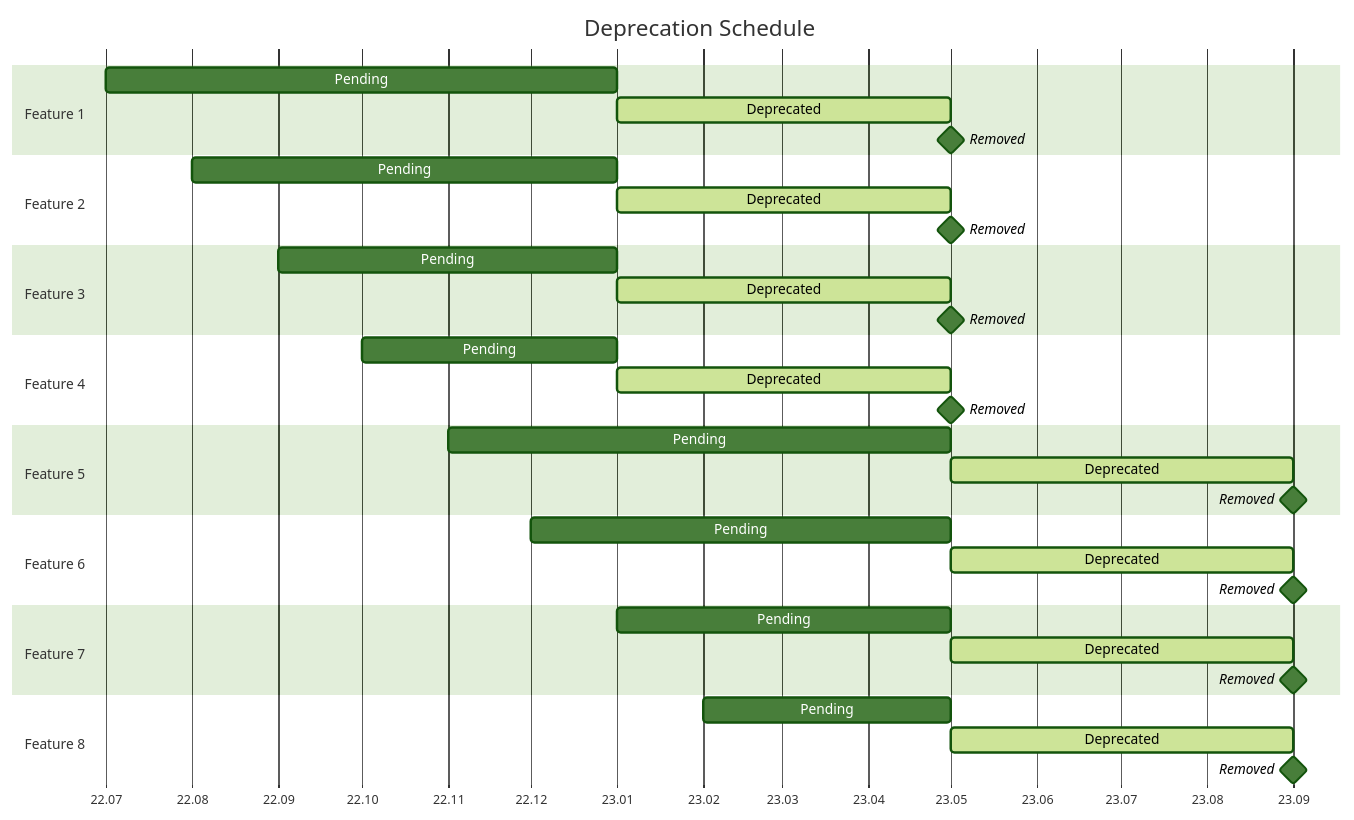
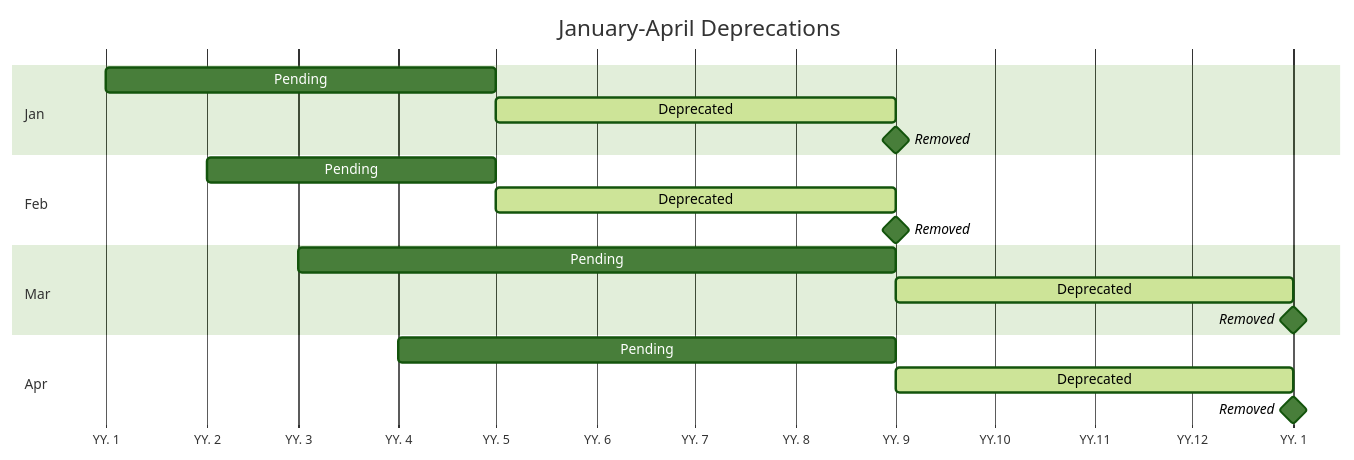
The first of 3 diagrams in cep-deprecation.md (conda/ceps), drawn with Mermaid (forest theme) before and after one commit. The commit also changed other lines of this file, not shown here.

````diff
--- a/cep-deprecation.md
+++ b/cep-deprecation.md
@@ -47,47 +47,26 @@
 ```mermaid
 gantt
     dateFormat  YYYY-MM
-    axisFormat %y.%m
-    title       Deprecation Schedule
+    axisFormat YY.%_m
+    title       January-April Deprecations
 
-    section Feature 1
-    Pending     :           2022-07, 2023-01
-    Deprecated  :active,    2023-01, 2023-05
-    Removed     :milestone, 2023-05
-
-    section Feature 2
-    Pending     :           2022-08, 2023-01
-    Deprecated  :active,    2023-01, 2023-05
-    Removed     :milestone, 2023-05
-
-    section Feature 3
-    Pending     :           2022-09, 2023-01
-    Deprecated  :active,    2023-01, 2023-05
-    Removed     :milestone, 2023-05
-
-    section Feature 4
-    Pending     :           2022-10, 2023-01
-    Deprecated  :active,    2023-01, 2023-05
-    Removed     :milestone, 2023-05
-
-    section Feature 5
-    Pending     :           2022-11, 2023-05
-    Deprecated  :active,    2023-05, 2023-09
-    Removed     :milestone, 2023-09
-
-    section Feature 6
-    Pending     :           2022-12, 2023-05
-    Deprecated  :active,    2023-05, 2023-09
-    Removed     :milestone, 2023-09
-
-    section Feature 7
+   section Jan
     Pending     :           2023-01, 2023-05
     Deprecated  :active,    2023-05, 2023-09
     Removed     :milestone, 2023-09
 
-    section Feature 8
+    section Feb
     Pending     :           2023-02, 2023-05
     Deprecated  :active,    2023-05, 2023-09
     Removed     :milestone, 2023-09
 
+    section Mar
+    Pending     :           2023-03, 2023-09
+    Deprecated  :active,    2023-09, 2024-01
+    Removed     :milestone, 2024-01
+
+    section Apr
+    Pending     :           2023-04, 2023-09
+    Deprecated  :active,    2023-09, 2024-01
+    Removed     :milestone, 2024-01
 ```
````
